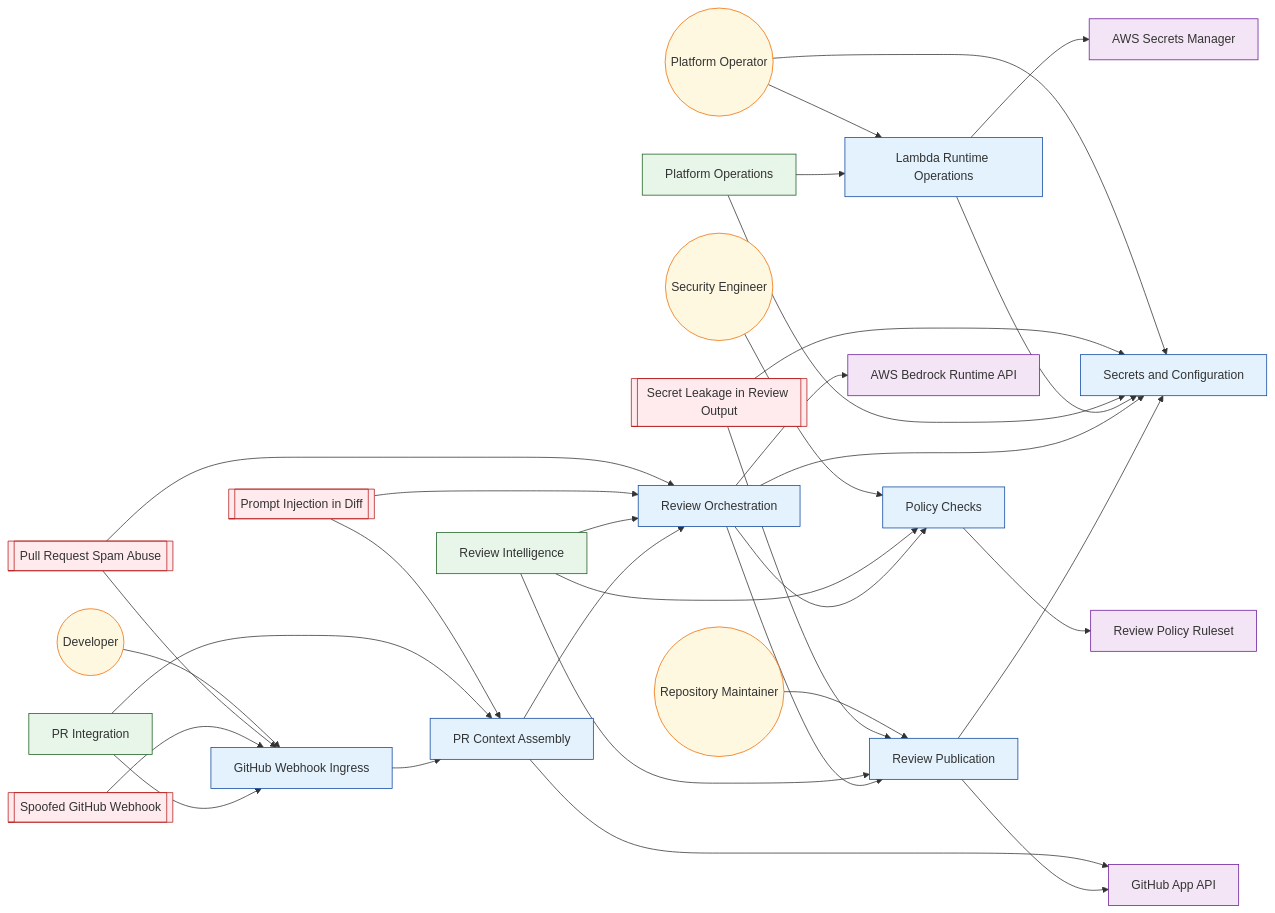
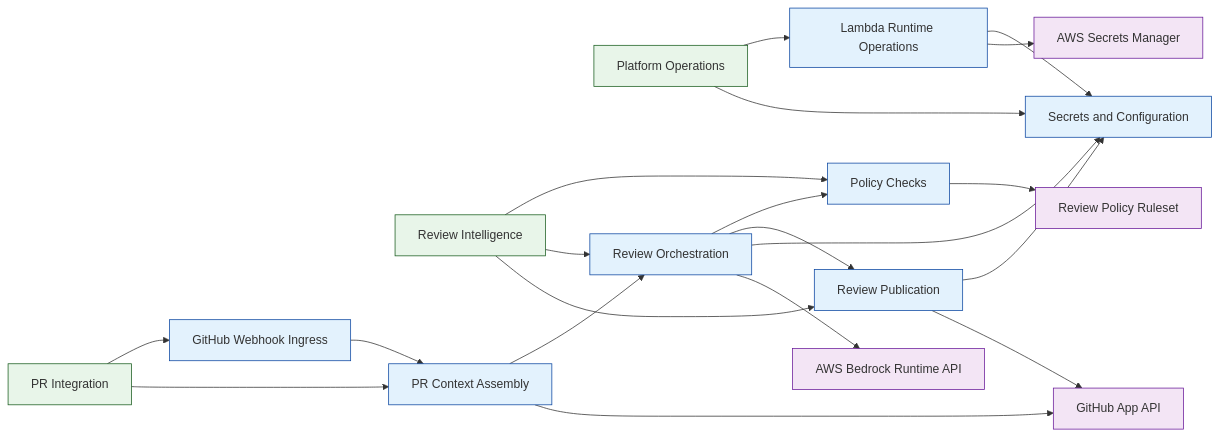
One commit to labeth/engineering-model-go changed the diagram in examples/bedrock-pr-review-github-app-sample/generated/VIEW-DEPLOYMENT.mmd. Above: the diagram before and after it, drawn with Mermaid. The commit also changed 48 other files, not shown here.

Commit message:
added flow view

```diff
--- a/examples/bedrock-pr-review-github-app-sample/generated/VIEW-DEPLOYMENT.mmd
+++ b/examples/bedrock-pr-review-github-app-sample/generated/VIEW-DEPLOYMENT.mmd
@@ -1,61 +1,50 @@
 flowchart LR
 %% view: VIEW-DEPLOYMENT (deployment)
-N_ACT_DEVELOPER(("Developer")):::actor
-N_ACT_PLATFORM_OPERATOR(("Platform Operator")):::actor
-N_ACT_REPOSITORY_MAINTAINER(("Repository Maintainer")):::actor
-N_ACT_SECURITY_ENGINEER(("Security Engineer")):::actor
-N_AV_PR_SPAM_ABUSE[["Pull Request Spam Abuse"]]:::attack_vector
-N_AV_PROMPT_INJECTION_IN_DIFF[["Prompt Injection in Diff"]]:::attack_vector
-N_AV_SECRET_LEAKAGE_IN_REVIEW[["Secret Leakage in Review Output"]]:::attack_vector
-N_AV_SPOOFED_GITHUB_WEBHOOK[["Spoofed GitHub Webhook"]]:::attack_vector
 N_FG_PLATFORM_OPERATIONS["Platform Operations"]:::functional_group
 N_FG_PR_INTEGRATION["PR Integration"]:::functional_group
 N_FG_REVIEW_INTELLIGENCE["Review Intelligence"]:::functional_group
 N_FU_GITHUB_WEBHOOK_INGRESS["GitHub Webhook Ingress"]:::functional_unit
 N_FU_LAMBDA_RUNTIME_OPERATIONS["Lambda Runtime Operations"]:::functional_unit
 N_FU_POLICY_CHECKS["Policy Checks"]:::functional_unit
 N_FU_PR_CONTEXT_ASSEMBLY["PR Context Assembly"]:::functional_unit
 N_FU_REVIEW_ORCHESTRATION["Review Orchestration"]:::functional_unit
 N_FU_REVIEW_PUBLICATION["Review Publication"]:::functional_unit
 N_FU_SECRETS_CONFIGURATION["Secrets and Configuration"]:::functional_unit
 N_REF_AWS_BEDROCK_RUNTIME["AWS Bedrock Runtime API"]:::referenced_element
 N_REF_AWS_SECRETS_MANAGER["AWS Secrets Manager"]:::referenced_element
 N_REF_GITHUB_APP_API["GitHub App API"]:::referenced_element
 N_REF_POLICY_RULESET["Review Policy Ruleset"]:::referenced_element
-N_ACT_DEVELOPER --> N_FU_GITHUB_WEBHOOK_INGRESS
-N_ACT_PLATFORM_OPERATOR --> N_FU_LAMBDA_RUNTIME_OPERATIONS
-N_ACT_PLATFORM_OPERATOR --> N_FU_SECRETS_CONFIGURATION
-N_ACT_REPOSITORY_MAINTAINER --> N_FU_REVIEW_PUBLICATION
-N_ACT_SECURITY_ENGINEER --> N_FU_POLICY_CHECKS
-N_AV_PR_SPAM_ABUSE --> N_FU_GITHUB_WEBHOOK_INGRESS
-N_AV_PR_SPAM_ABUSE --> N_FU_REVIEW_ORCHESTRATION
-N_AV_PROMPT_INJECTION_IN_DIFF --> N_FU_PR_CONTEXT_ASSEMBLY
-N_AV_PROMPT_INJECTION_IN_DIFF --> N_FU_REVIEW_ORCHESTRATION
-N_AV_SECRET_LEAKAGE_IN_REVIEW --> N_FU_REVIEW_PUBLICATION
-N_AV_SECRET_LEAKAGE_IN_REVIEW --> N_FU_SECRETS_CONFIGURATION
-N_AV_SPOOFED_GITHUB_WEBHOOK --> N_FU_GITHUB_WEBHOOK_INGRESS
 N_FG_PLATFORM_OPERATIONS --> N_FU_LAMBDA_RUNTIME_OPERATIONS
 N_FG_PLATFORM_OPERATIONS --> N_FU_SECRETS_CONFIGURATION
 N_FG_PR_INTEGRATION --> N_FU_GITHUB_WEBHOOK_INGRESS
 N_FG_PR_INTEGRATION --> N_FU_PR_CONTEXT_ASSEMBLY
 N_FG_REVIEW_INTELLIGENCE --> N_FU_POLICY_CHECKS
 N_FG_REVIEW_INTELLIGENCE --> N_FU_REVIEW_ORCHESTRATION
 N_FG_REVIEW_INTELLIGENCE --> N_FU_REVIEW_PUBLICATION
 N_FU_GITHUB_WEBHOOK_INGRESS --> N_FU_PR_CONTEXT_ASSEMBLY
 N_FU_LAMBDA_RUNTIME_OPERATIONS --> N_FU_SECRETS_CONFIGURATION
 N_FU_LAMBDA_RUNTIME_OPERATIONS --> N_REF_AWS_SECRETS_MANAGER
 N_FU_POLICY_CHECKS --> N_REF_POLICY_RULESET
 N_FU_PR_CONTEXT_ASSEMBLY --> N_FU_REVIEW_ORCHESTRATION
 N_FU_PR_CONTEXT_ASSEMBLY --> N_REF_GITHUB_APP_API
 N_FU_REVIEW_ORCHESTRATION --> N_FU_POLICY_CHECKS
 N_FU_REVIEW_ORCHESTRATION --> N_FU_REVIEW_PUBLICATION
 N_FU_REVIEW_ORCHESTRATION --> N_FU_SECRETS_CONFIGURATION
 N_FU_REVIEW_ORCHESTRATION --> N_REF_AWS_BEDROCK_RUNTIME
 N_FU_REVIEW_PUBLICATION --> N_FU_SECRETS_CONFIGURATION
 N_FU_REVIEW_PUBLICATION --> N_REF_GITHUB_APP_API
 classDef functional_group fill:#e8f5e9,stroke:#1b5e20,stroke-width:1px;
 classDef functional_unit fill:#e3f2fd,stroke:#0d47a1,stroke-width:1px;
 classDef actor fill:#fff8e1,stroke:#ef6c00,stroke-width:1px;
 classDef attack_vector fill:#ffebee,stroke:#b71c1c,stroke-width:1px;
 classDef referenced_element fill:#f3e5f5,stroke:#6a1b9a,stroke-width:1px;
+classDef interface fill:#e8f5e9,stroke:#2e7d32,stroke-width:1px;
+classDef data_object fill:#fff3e0,stroke:#ef6c00,stroke-width:1px;
+classDef deployment_target fill:#ede7f6,stroke:#5e35b1,stroke-width:1px;
+classDef control fill:#fce4ec,stroke:#ad1457,stroke-width:1px;
+classDef trust_boundary fill:#e0f7fa,stroke:#006064,stroke-width:1px;
+classDef state fill:#e1f5fe,stroke:#0277bd,stroke-width:1px;
+classDef event fill:#fffde7,stroke:#f9a825,stroke-width:1px;
+classDef flow fill:#ede7f6,stroke:#4527a0,stroke-width:1px;
+classDef flow_step fill:#f1f8e9,stroke:#33691e,stroke-width:1px;
 classDef unknown fill:#ffffff,stroke:#adb5bd,stroke-width:1px;
```
